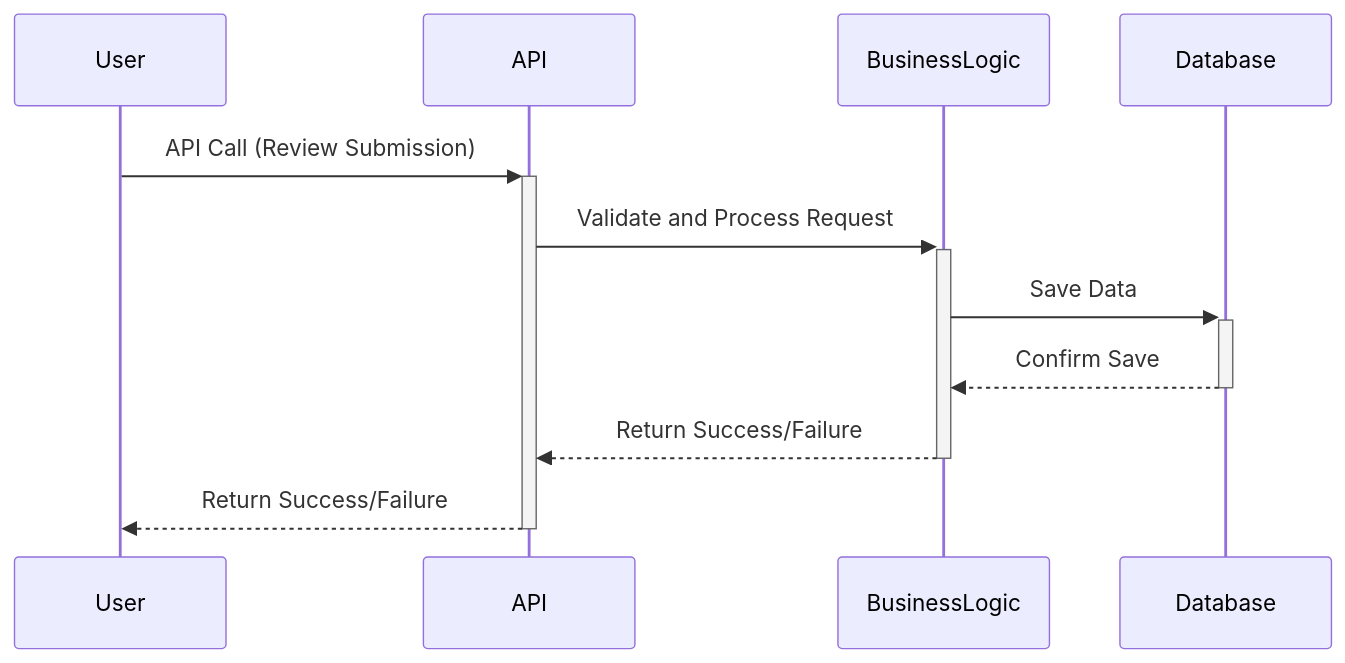
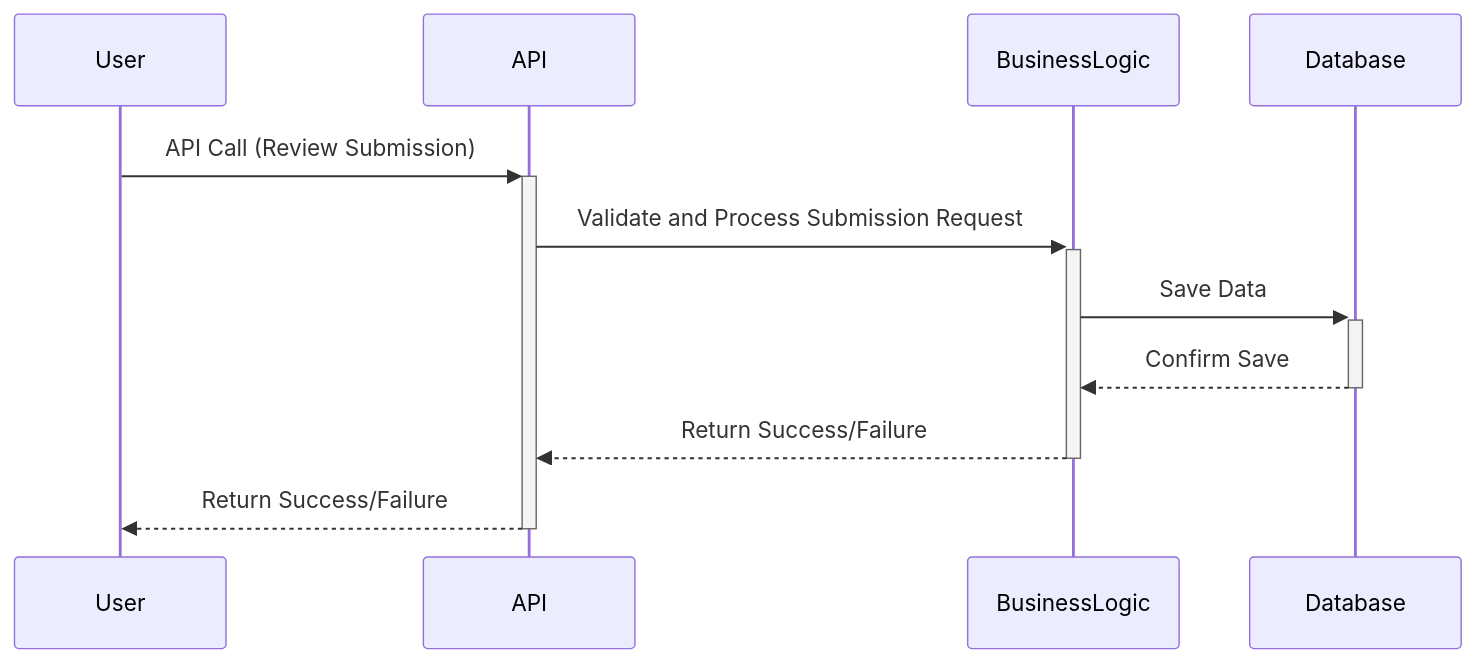
Before and after one commit to Morg92b/holbertonschool-hbnb: the diagram in part1/task02/uml_02_3.mermaid, drawn with Mermaid. The commit also changed 3 other files, not shown here.

```diff
--- a/part1/task02/uml_02_3.mermaid
+++ b/part1/task02/uml_02_3.mermaid
@@ -1,15 +1,15 @@
 ---
 config:
   theme: default
 ---
 sequenceDiagram
 participant User
 participant API
 participant BusinessLogic
 participant Database
 User->>+API: API Call (Review Submission)
-API->>+BusinessLogic: Validate and Process Request
+API->>+BusinessLogic: Validate and Process Submission Request
 BusinessLogic->>+Database: Save Data
 Database-->>-BusinessLogic: Confirm Save
 BusinessLogic-->>-API: Return Success/Failure
 API-->>-User: Return Success/Failure
```
